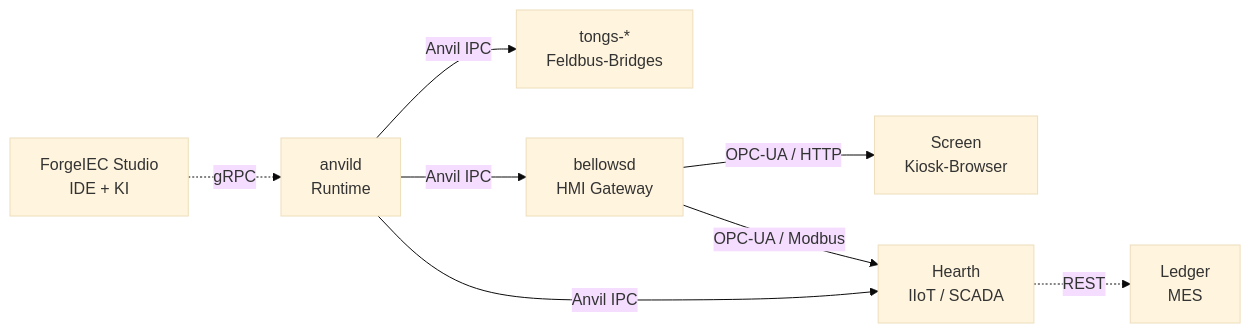
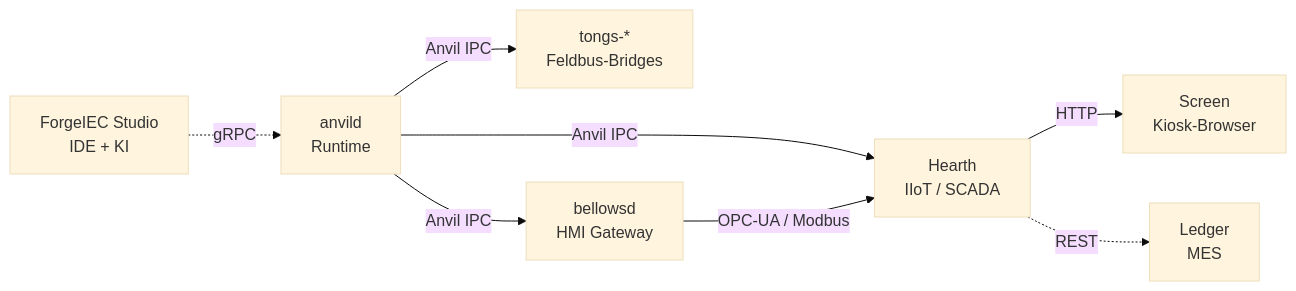
The diagram in content/de/plattform/_index.md (Beerlesklopfer/forgeiec-website), drawn with Mermaid (base theme) before and after one commit. The commit also changed 3 other files, not shown here.

First line of the commit message:
fix(plattform): Korrekte HMI-Renderer-Topologie — Hearth rendert, Screen zeigt nur an

````diff
--- a/content/de/plattform/_index.md
+++ b/content/de/plattform/_index.md
@@ -117,18 +117,18 @@
 ```mermaid
 flowchart LR
     Studio[ForgeIEC Studio<br/>IDE + KI]
     Anvild[anvild<br/>Runtime]
     Bridges["tongs-*<br/>Feldbus-Bridges"]
     Bellows[bellowsd<br/>HMI Gateway]
     Screen[Screen<br/>Kiosk-Browser]
     Hearth[Hearth<br/>IIoT / SCADA]
     Ledger[Ledger<br/>MES]
 
     Studio -.->|gRPC| Anvild
     Anvild -->|Anvil IPC| Bridges
     Anvild -->|Anvil IPC| Bellows
-    Bellows -->|OPC-UA / HTTP| Screen
     Anvild -->|Anvil IPC| Hearth
     Bellows -->|OPC-UA / Modbus| Hearth
+    Hearth -->|HTTP| Screen
     Hearth -.->|REST| Ledger
 ```
````
